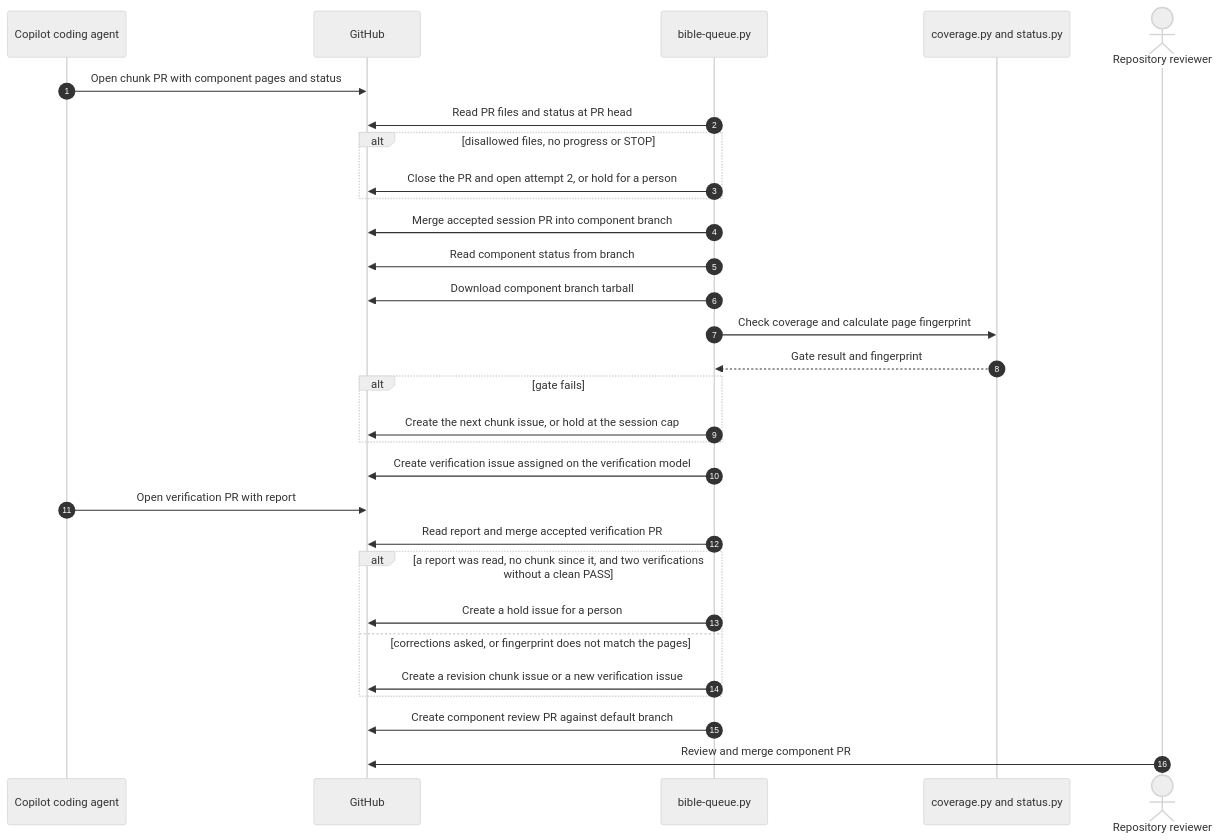
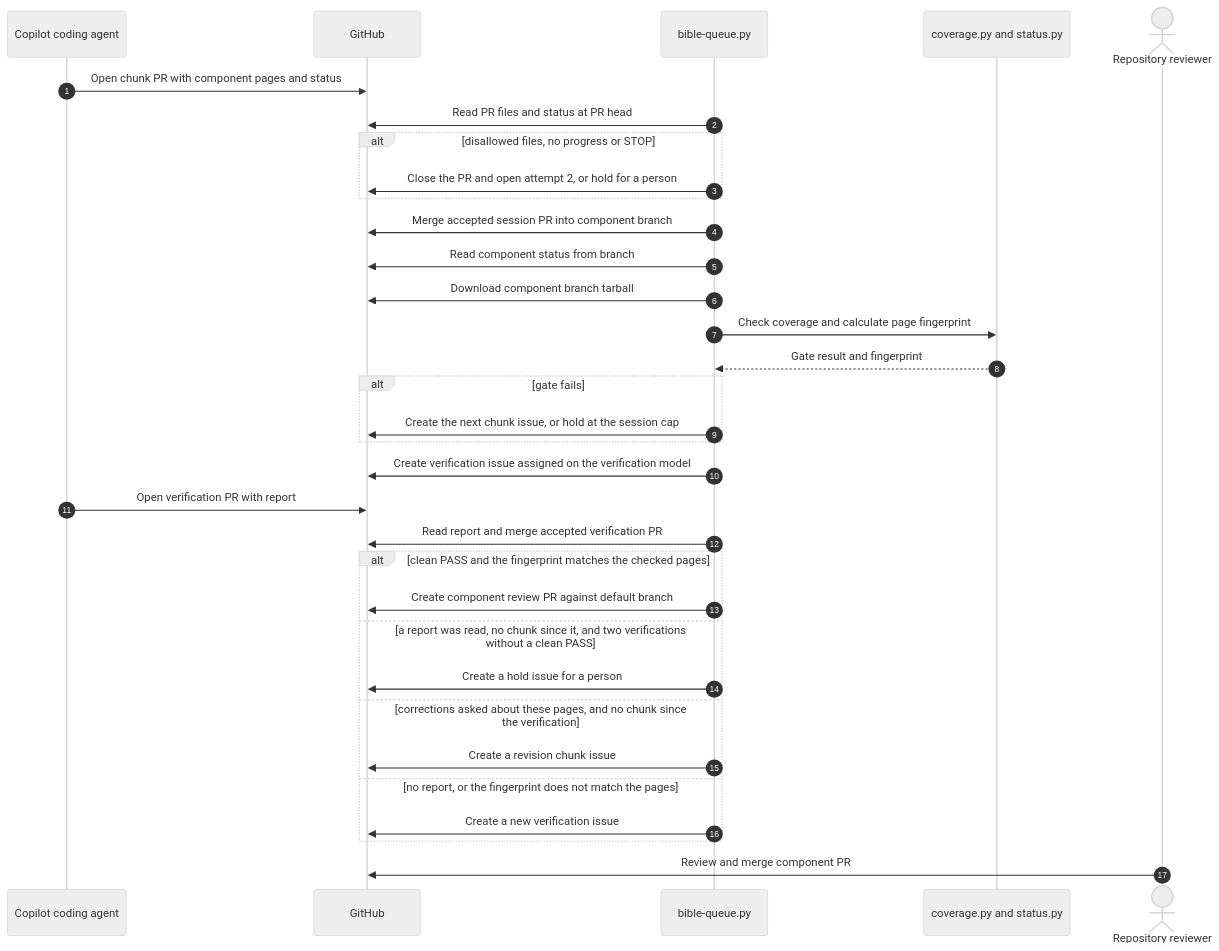
One commit to vishalc412/bible-mode-b-test changed the third of 10 diagrams in codebase-analysis/hld/05-key-flows.md. Above: the diagram before and after it, drawn with Mermaid (neutral theme). The commit also changed other lines of this file and 41 other files, not shown here.

````diff
--- a/codebase-analysis/hld/05-key-flows.md
+++ b/codebase-analysis/hld/05-key-flows.md
@@ -125,32 +125,35 @@
 ```mermaid
 sequenceDiagram
   autonumber
   participant Agent as Copilot coding agent
   participant API as GitHub
   participant Queue as bible-queue.py
   participant Gate as coverage.py and status.py
   actor Reviewer as Repository reviewer
   Agent->>API: Open chunk PR with component pages and status
   Queue->>API: Read PR files and status at PR head
   alt disallowed files, no progress or STOP
     Queue->>API: Close the PR and open attempt 2, or hold for a person
   end
   Queue->>API: Merge accepted session PR into component branch
   Queue->>API: Read component status from branch
   Queue->>API: Download component branch tarball
   Queue->>Gate: Check coverage and calculate page fingerprint
   Gate-->>Queue: Gate result and fingerprint
   alt gate fails
     Queue->>API: Create the next chunk issue, or hold at the session cap
   end
   Queue->>API: Create verification issue assigned on the verification model
   Agent->>API: Open verification PR with report
   Queue->>API: Read report and merge accepted verification PR
-  alt a report was read, no chunk since it, and two verifications without a clean PASS
+  alt clean PASS and the fingerprint matches the checked pages
+    Queue->>API: Create component review PR against default branch
+  else a report was read, no chunk since it, and two verifications without a clean PASS
     Queue->>API: Create a hold issue for a person
-  else corrections asked, or fingerprint does not match the pages
-    Queue->>API: Create a revision chunk issue or a new verification issue
+  else corrections asked about these pages, and no chunk since the verification
+    Queue->>API: Create a revision chunk issue
+  else no report, or the fingerprint does not match the pages
+    Queue->>API: Create a new verification issue
   end
-  Queue->>API: Create component review PR against default branch
   Reviewer->>API: Review and merge component PR
 ```
````
